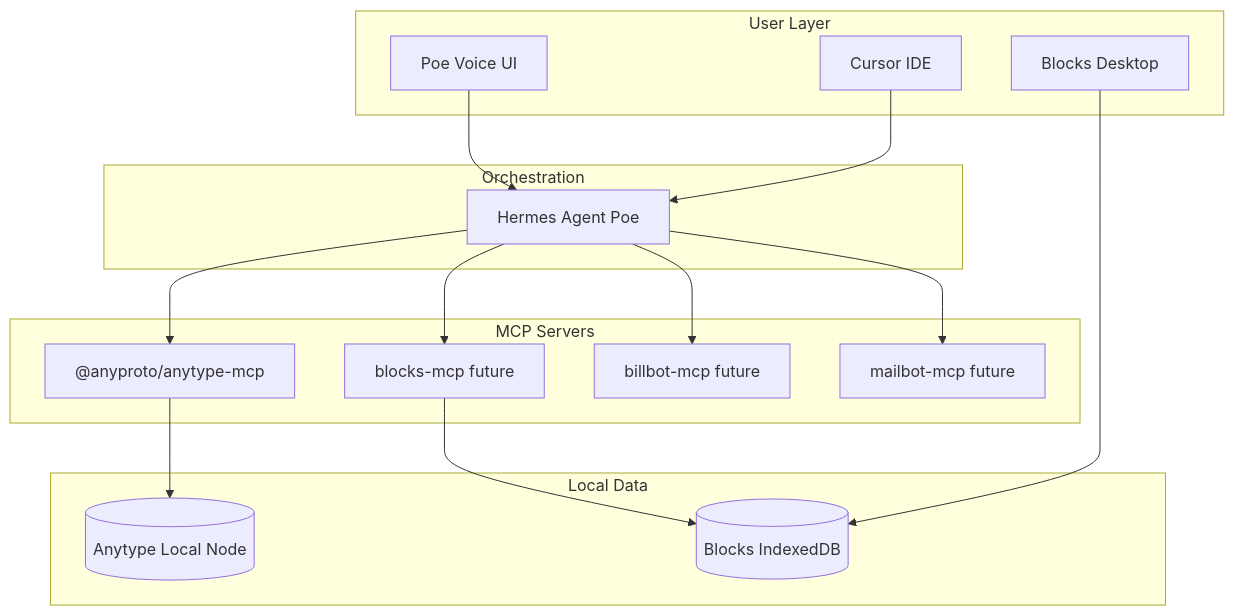
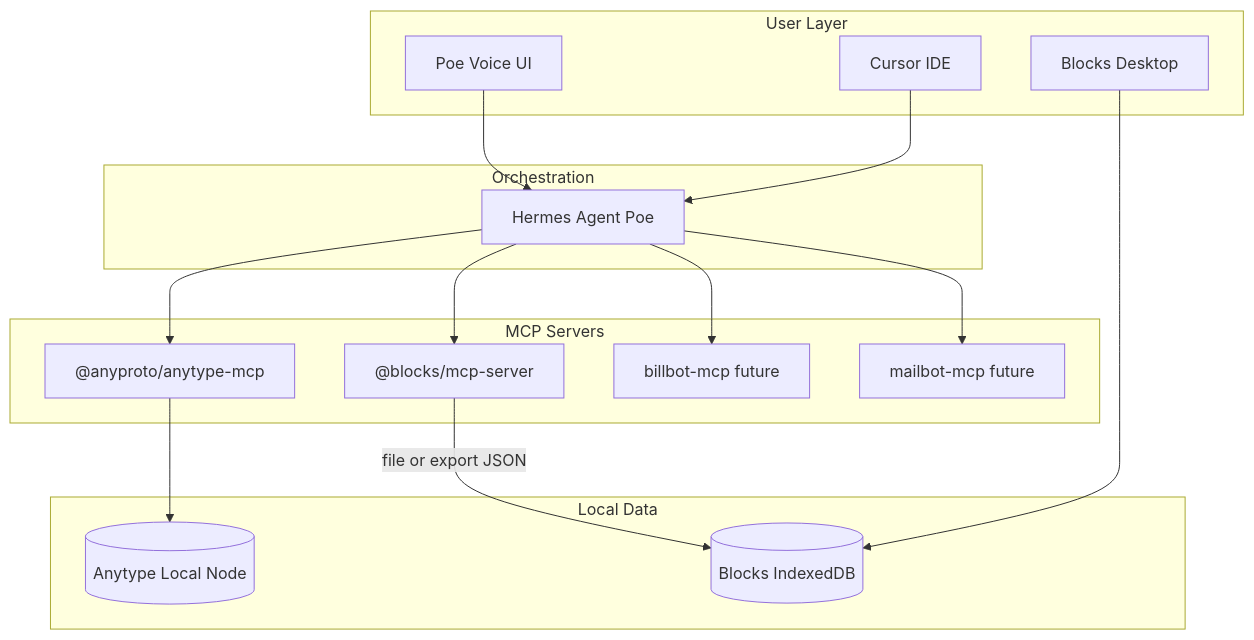
The diagram in Docs/Integrations/HERMES_ECOSYSTEM_ARCHITECTURE.md (SubTerraCo/Blocks), drawn with Mermaid before and after one commit. The commit also changed other lines of this file and 175 other files, not shown here.

First line of the commit message:
release: Sprint 5 timeline, scheduling, CI ops, and nightly pipeline

````diff
--- a/Docs/Integrations/HERMES_ECOSYSTEM_ARCHITECTURE.md
+++ b/Docs/Integrations/HERMES_ECOSYSTEM_ARCHITECTURE.md
@@ -30,34 +30,34 @@
 ```mermaid
 flowchart TB
   subgraph userLayer [User Layer]
     Cursor[Cursor IDE]
     Desktop[Blocks Desktop]
     Voice[Poe Voice UI]
   end
 
   subgraph orchestration [Orchestration]
     Hermes[Hermes Agent Poe]
   end
 
   subgraph mcpServers [MCP Servers]
     AnytypeMCP["@anyproto/anytype-mcp"]
-    BlocksMCP["blocks-mcp future"]
+    BlocksMCP["@blocks/mcp-server"]
     BillBotMCP["billbot-mcp future"]
     MailbotMCP["mailbot-mcp future"]
   end
 
   subgraph data [Local Data]
     AnytypeDB[(Anytype Local Node)]
     BlocksDB[(Blocks IndexedDB)]
   end
 
   Cursor --> Hermes
   Voice --> Hermes
   Desktop --> BlocksDB
   Hermes --> AnytypeMCP
   Hermes --> BlocksMCP
   Hermes --> BillBotMCP
   Hermes --> MailbotMCP
   AnytypeMCP --> AnytypeDB
-  BlocksMCP --> BlocksDB
+  BlocksMCP -->|"file or export JSON"| BlocksDB
 ```
````
